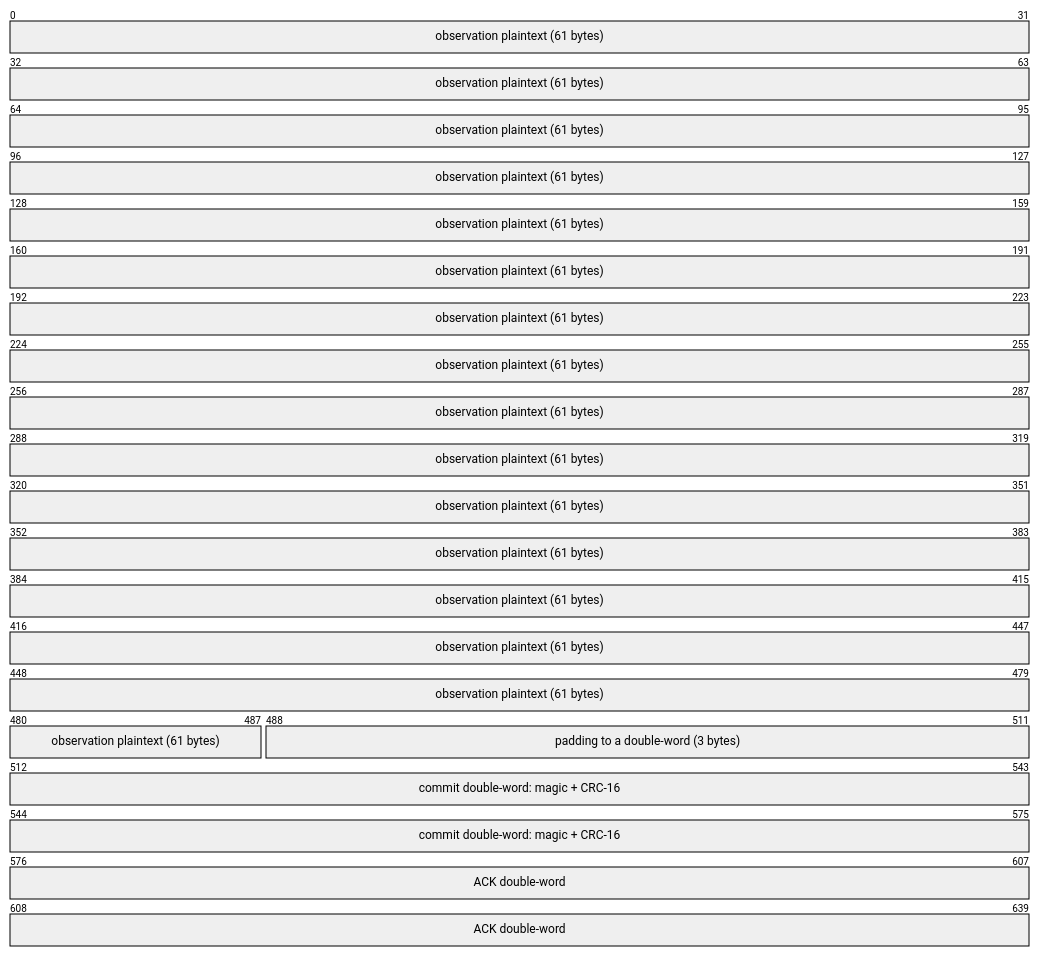
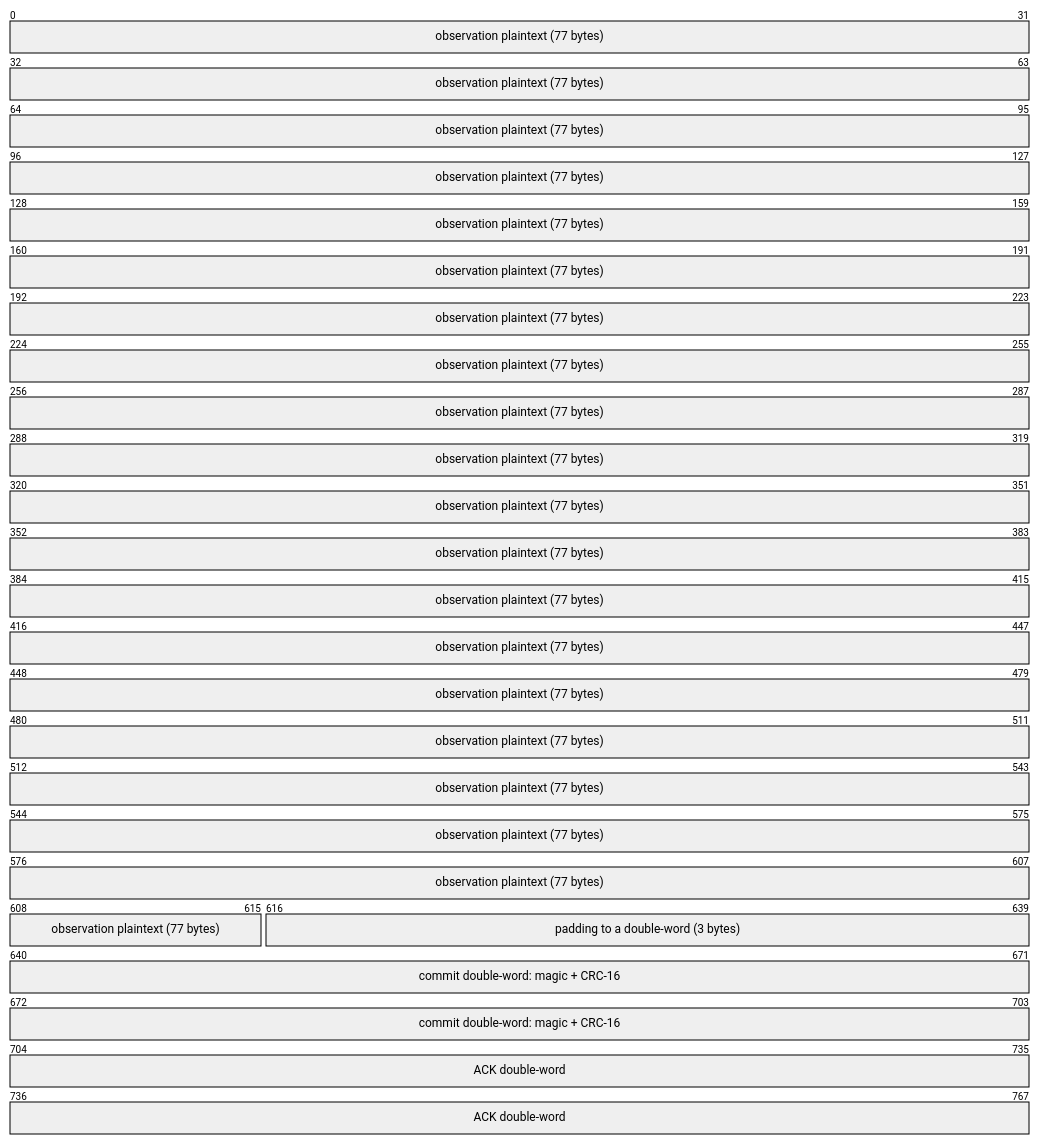
Before and after one commit to clintecker/weather-station-2026: the eighth of 8 diagrams in firmware/stage0-node/README.md, drawn with Mermaid (neutral theme). The commit also changed other lines of this file and 303 other files, not shown here.

````diff
--- a/firmware/stage0-node/README.md
+++ b/firmware/stage0-node/README.md
@@ -370,7 +391,7 @@
 ```mermaid
 packet-beta
-  0-487: "observation plaintext (61 bytes)"
-  488-511: "padding to a double-word (3 bytes)"
-  512-575: "commit double-word: magic + CRC-16"
-  576-639: "ACK double-word"
+  0-615: "observation plaintext (77 bytes)"
+  616-639: "padding to a double-word (3 bytes)"
+  640-703: "commit double-word: magic + CRC-16"
+  704-767: "ACK double-word"
 ```
````
